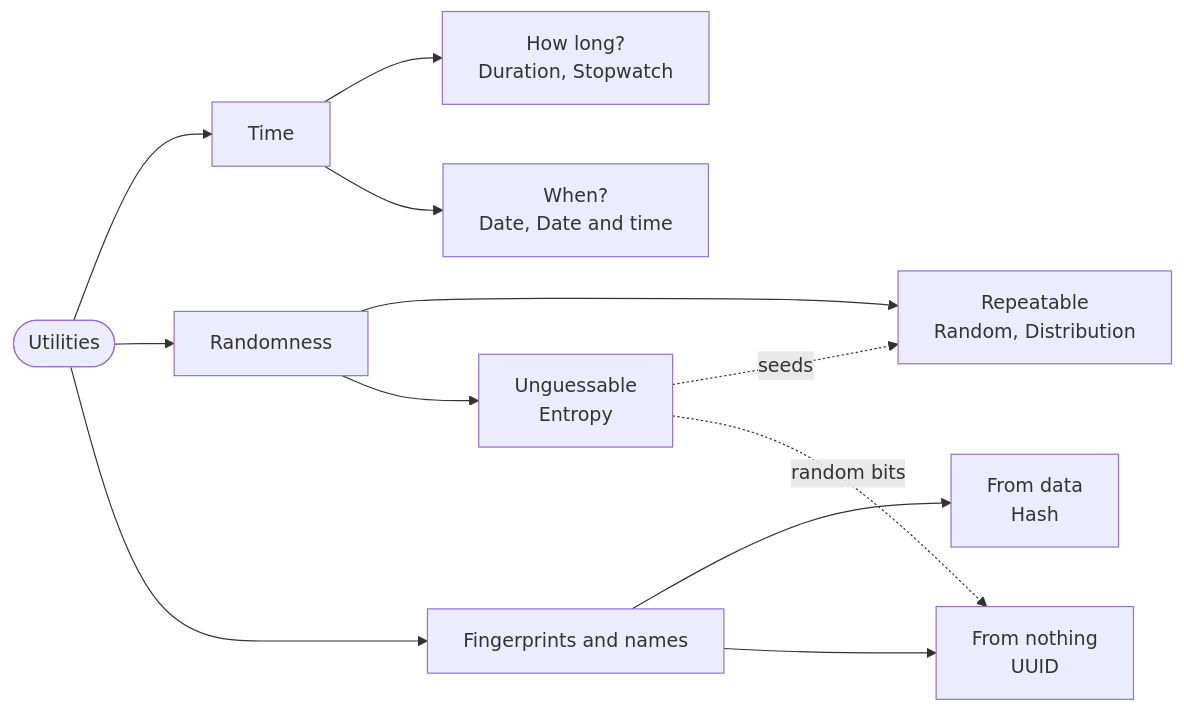
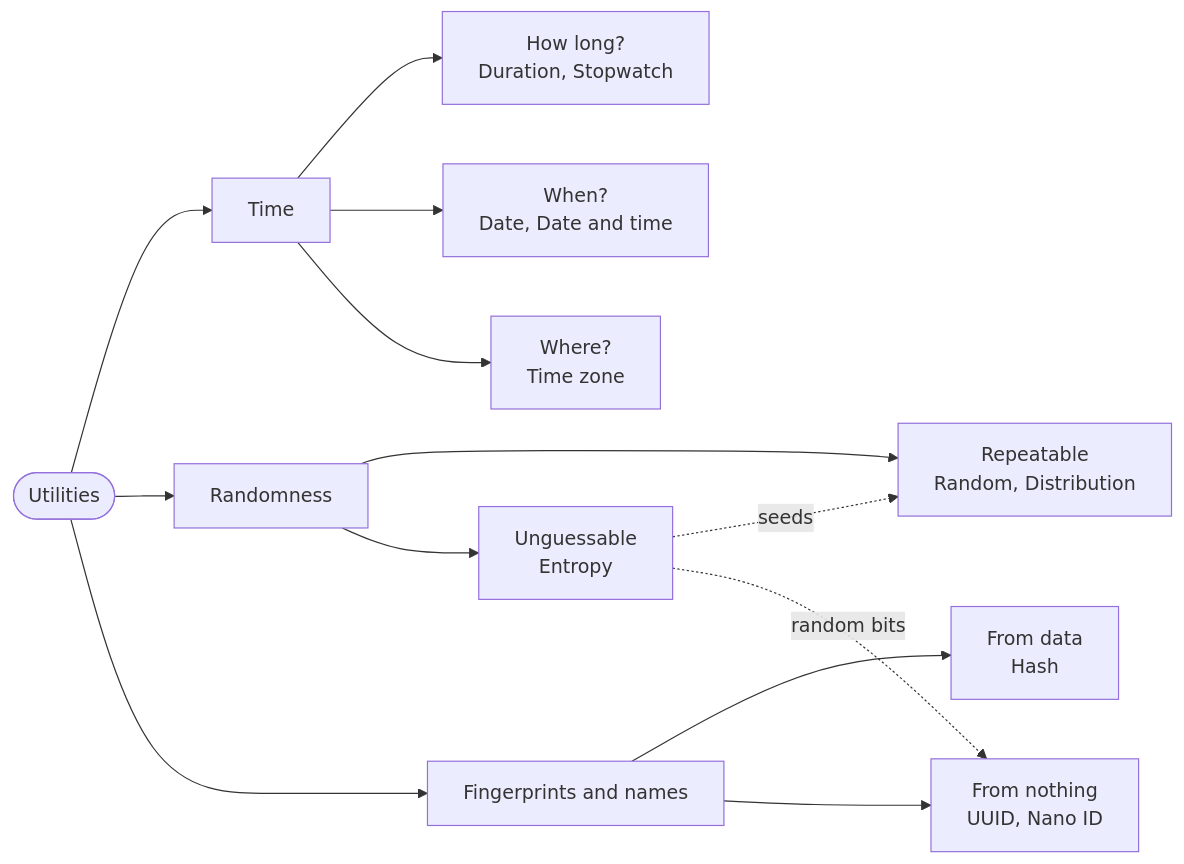
Before and after one commit to rux-lang/Web: the diagram in content/docs/1.learn/20.utilities/00.index.md, drawn with Mermaid. The commit also changed other lines of this file and 3 other files, not shown here.

First line of the commit message:
Add the Nano ID and time zone lessons

````diff
--- a/content/docs/1.learn/20.utilities/00.index.md
+++ b/content/docs/1.learn/20.utilities/00.index.md
@@ -26,14 +27,15 @@
 ```mermaid
 flowchart LR
     u(["Utilities"]) --> t["Time"]
     u --> r["Randomness"]
     u --> id["Fingerprints and names"]
     t --> span["How long?<br/>Duration, Stopwatch"]
     t --> when["When?<br/>Date, Date and time"]
+    t --> where["Where?<br/>Time zone"]
     r --> rep["Repeatable<br/>Random, Distribution"]
     r --> unp["Unguessable<br/>Entropy"]
     id --> h["From data<br/>Hash"]
-    id --> uu["From nothing<br/>UUID"]
+    id --> uu["From nothing<br/>UUID, Nano ID"]
     unp -. "seeds" .-> rep
     unp -. "random bits" .-> uu
 ```
````
